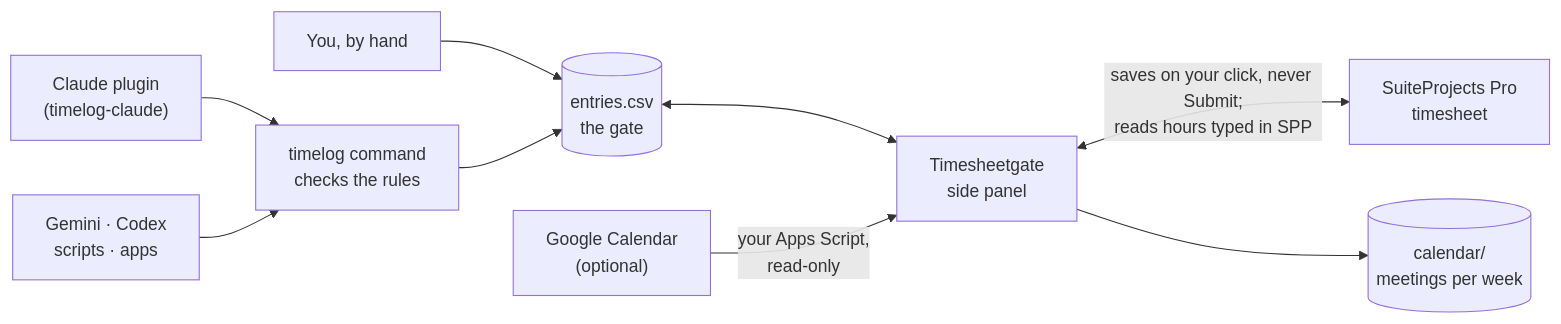
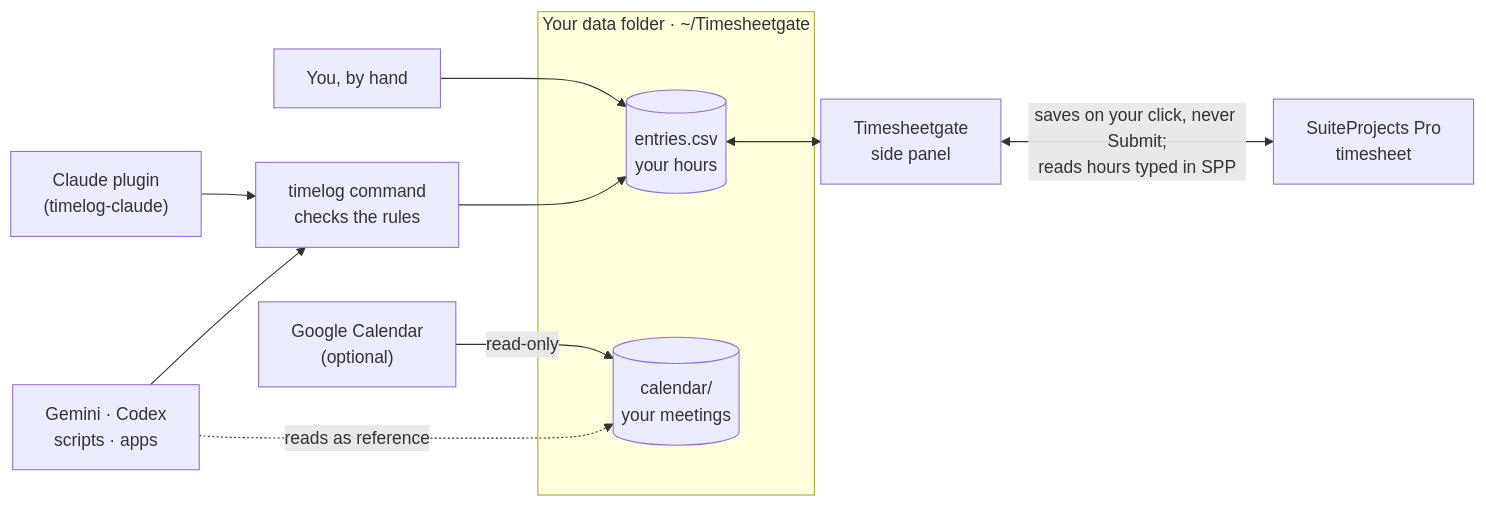
The diagram in README.md (sedojj/timesheetgate), drawn with Mermaid before and after one commit.

Commit message:
docs: README diagram centres on the local data folder
entries.csv and calendar/ are both local files; that is the point of the gate.

````diff
--- a/README.md
+++ b/README.md
@@ -17,11 +17,15 @@
 ```mermaid
 flowchart LR
   claude["Claude plugin<br/>(timelog-claude)"] --> cli["timelog command<br/>checks the rules"]
   agents["Gemini · Codex<br/>scripts · apps"] --> cli
   you["You, by hand"] --> file
-  cli --> file[("entries.csv<br/>the gate")]
+  cli --> file
+  subgraph folder["Your data folder · ~/Timesheetgate"]
+    file[("entries.csv<br/>your hours")]
+    cal[("calendar/<br/>your meetings")]
+  end
+  gcal["Google Calendar<br/>(optional)"] -- "read-only" --> cal
+  agents -. "reads as reference" .-> cal
   file <--> panel["Timesheetgate<br/>side panel"]
   panel <-- "saves on your click, never Submit;<br/>reads hours typed in SPP" --> spp["SuiteProjects Pro<br/>timesheet"]
-  gcal["Google Calendar<br/>(optional)"] -- "your Apps Script,<br/>read-only" --> panel
-  panel --> cal[("calendar/<br/>meetings per week")]
 ```
````
